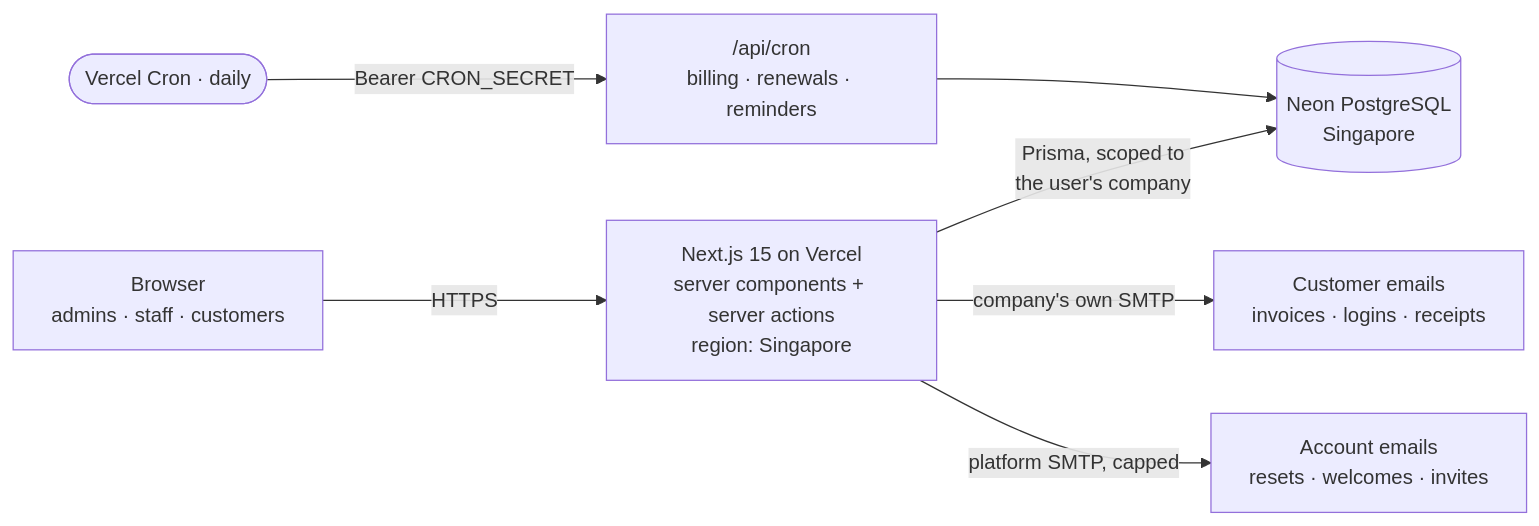
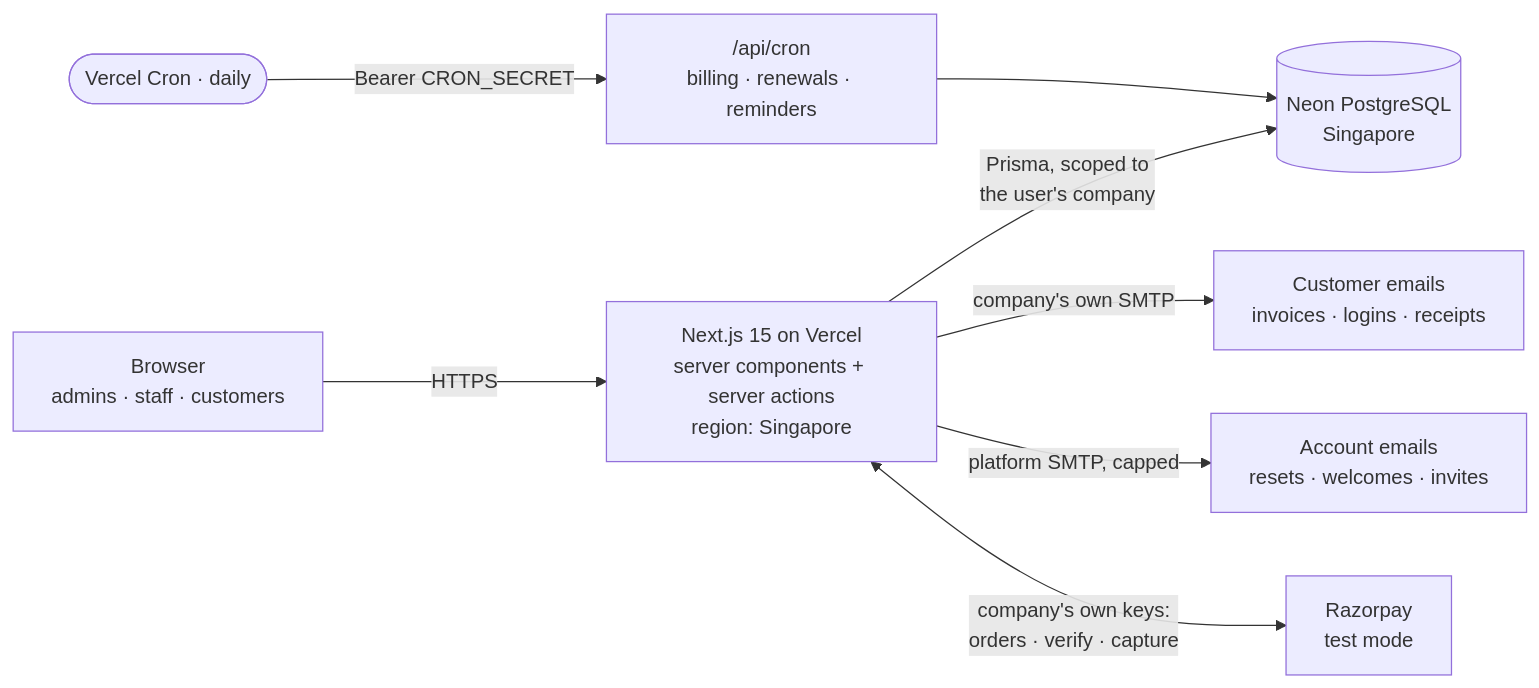
Before and after one commit to asil-eng/brightloop: the third of 4 diagrams in README.md, drawn with Mermaid. The commit also changed other lines of this file and 11 other files, not shown here.

First line of the commit message:
Add Razorpay online payments (test mode)

````diff
--- a/README.md
+++ b/README.md
@@ -269,9 +275,10 @@
 ```mermaid
 flowchart LR
     U[Browser<br>admins · staff · customers] -->|HTTPS| V[Next.js 15 on Vercel<br>server components + server actions<br>region: Singapore]
     V -->|Prisma, scoped to<br>the user's company| DB[(Neon PostgreSQL<br>Singapore)]
     CRON([Vercel Cron · daily]) -->|Bearer CRON_SECRET| J["/api/cron<br>billing · renewals · reminders"]
     J --> DB
     V -->|company's own SMTP| M1[Customer emails<br>invoices · logins · receipts]
     V -->|platform SMTP, capped| M2[Account emails<br>resets · welcomes · invites]
+    V <-->|company's own keys:<br>orders · verify · capture| R[Razorpay<br>test mode]
 ```
````
